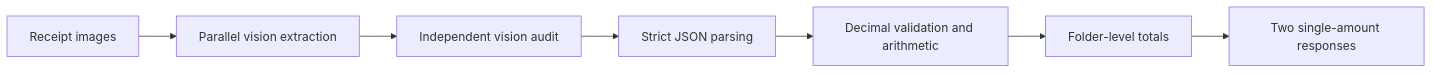
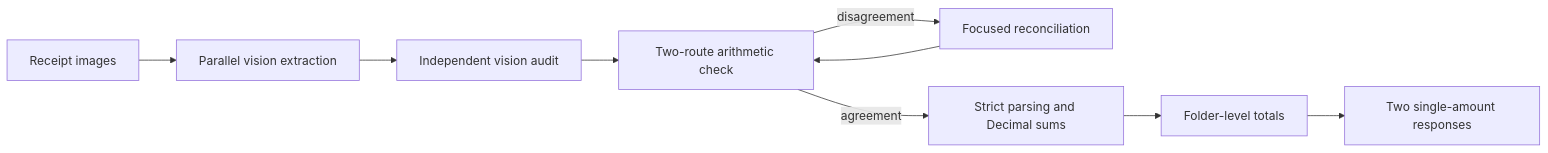
The diagram in README.md (fancecy/FTEC5660), drawn with Mermaid before and after one commit. The commit also changed other lines of this file and 1 other file, not shown here.

Commit message:
Cross-check receipt totals with itemized charges

````diff
--- a/README.md
+++ b/README.md
@@ -53,9 +53,11 @@
 ```mermaid
 flowchart LR
     A[Receipt images] --> B[Parallel vision extraction]
     B --> C[Independent vision audit]
-    C --> D[Strict JSON parsing]
-    D --> E[Decimal validation and arithmetic]
+    C --> D[Two-route arithmetic check]
+    D -->|disagreement| C2[Focused reconciliation]
+    C2 --> D
+    D -->|agreement| E[Strict parsing and Decimal sums]
     E --> F[Folder-level totals]
     F --> G[Two single-amount responses]
 ```
````
